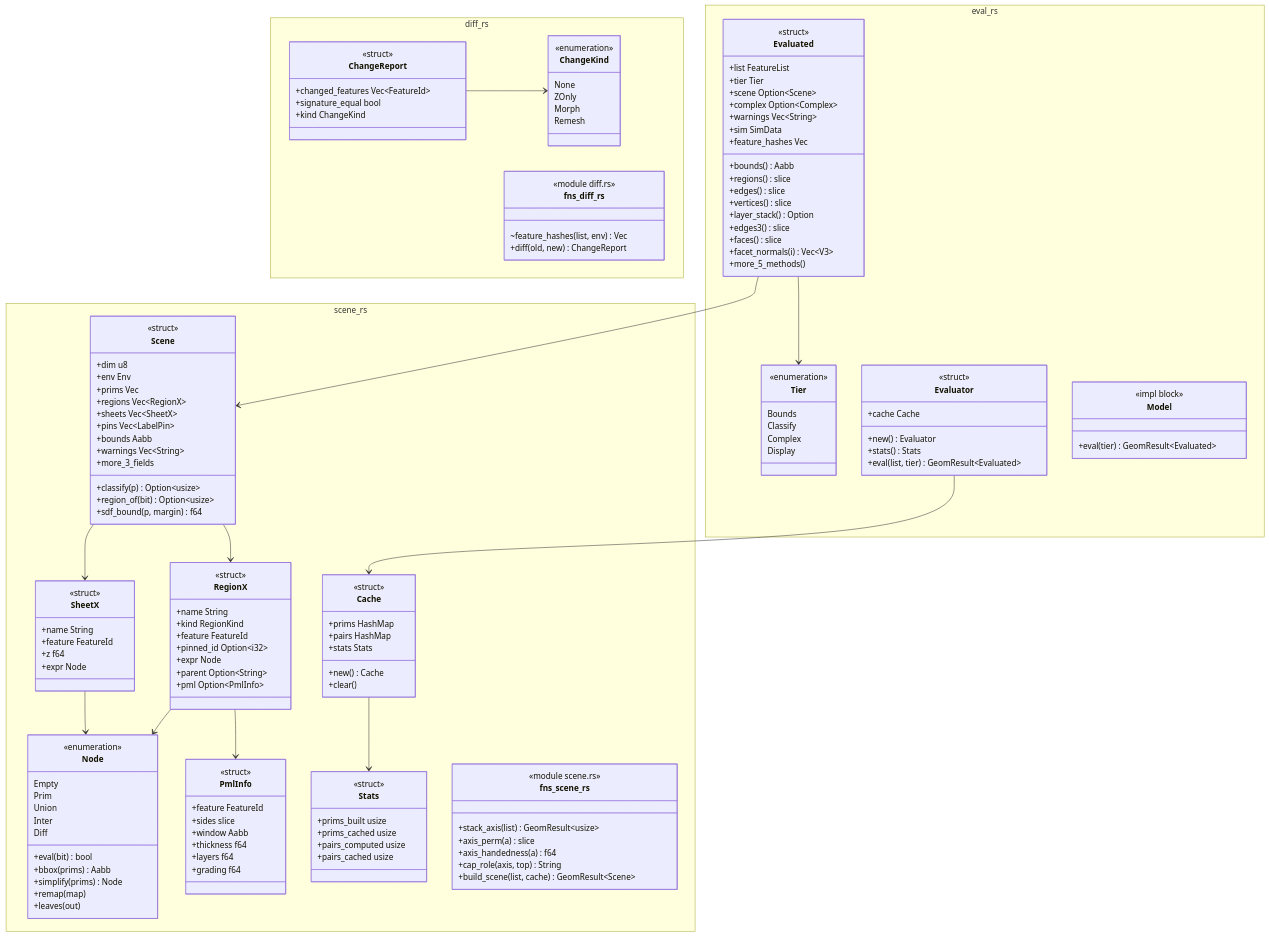
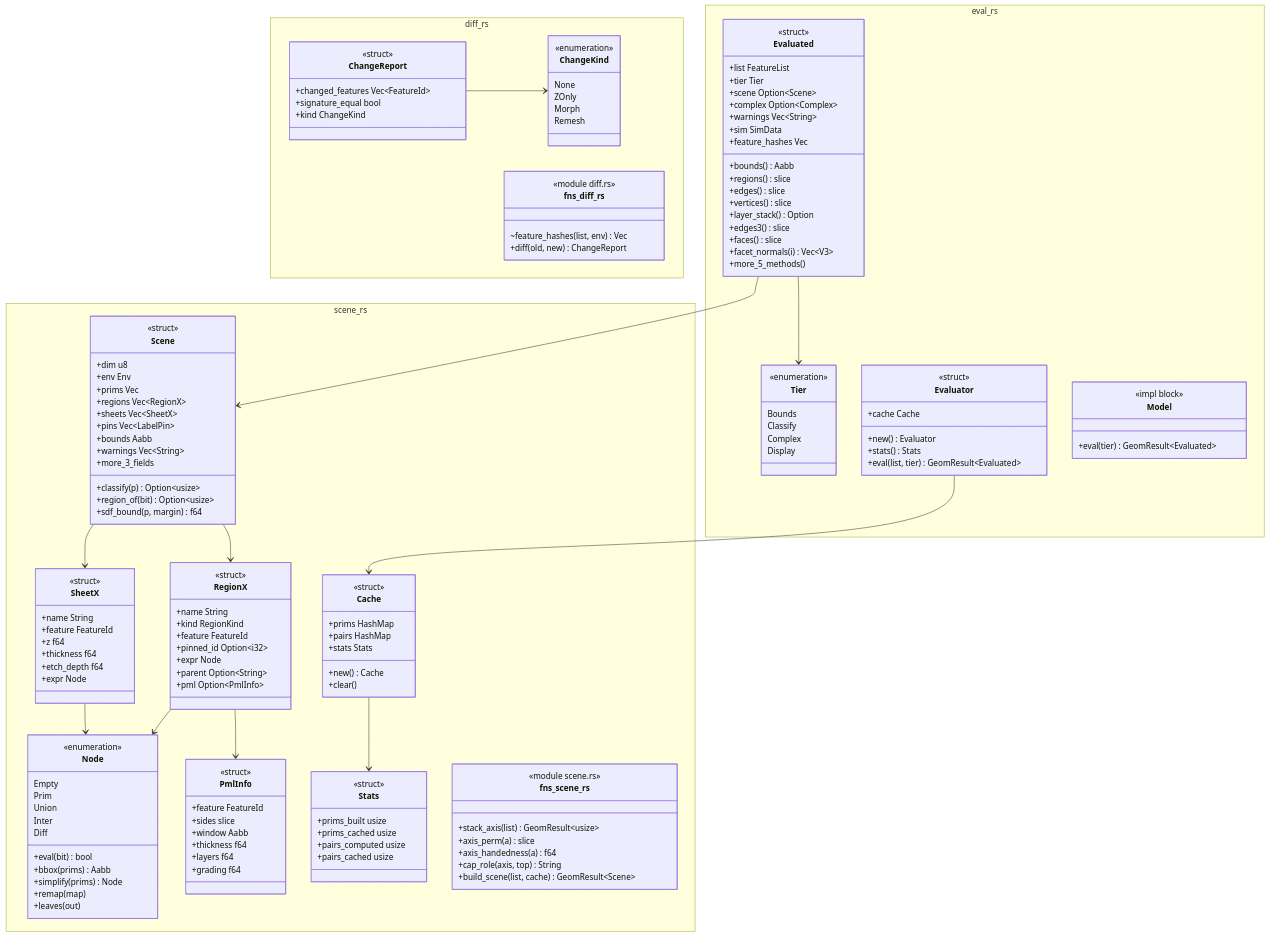
One commit to p-j-r/nyx changed the diagram in docs/architecture/c4/4-code/geom/evaluation.md. Above: the diagram before and after it, drawn with Mermaid. The commit also changed other lines of this file and 150 other files, not shown here.

```diff
--- a/docs/architecture/c4/4-code/geom/evaluation.md
+++ b/docs/architecture/c4/4-code/geom/evaluation.md
@@ -142,6 +143,8 @@
         +name String
         +feature FeatureId
         +z f64
+        +thickness f64
+        +etch_depth f64
         +expr Node
     }
     class Scene {
```
